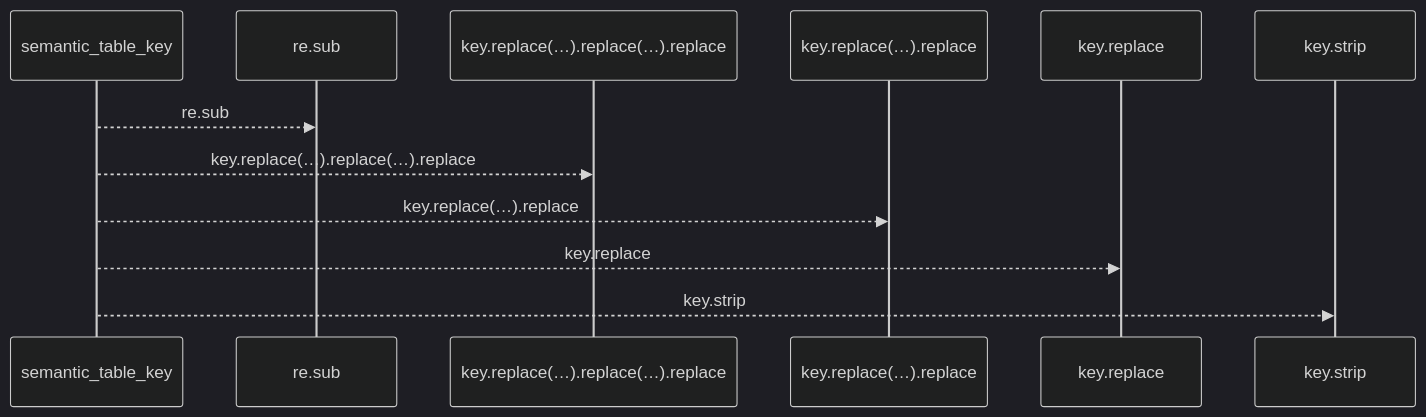
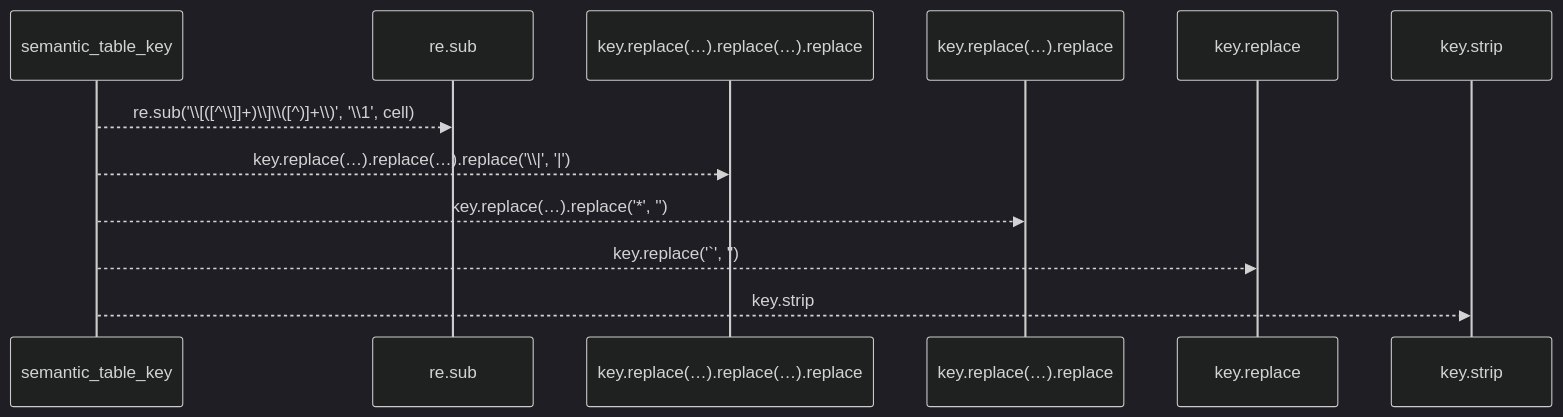
The first of 2 diagrams in docs/llm_wiki/flows/api-semantic_table_key.md (Denissvgn/python-wiki-llm), drawn with Mermaid (dark theme) before and after one commit. The commit also changed other lines of this file and 1410 other files, not shown here.

````diff
--- a/docs/llm_wiki/flows/api-semantic_table_key.md
+++ b/docs/llm_wiki/flows/api-semantic_table_key.md
@@ -10,14 +12,14 @@
 ```mermaid
 sequenceDiagram
     participant p0 as semantic_table_key
     participant p1 as re.sub
     participant p2 as key.replace(…).replace(…).replace
     participant p3 as key.replace(…).replace
     participant p4 as key.replace
     participant p5 as key.strip
-    p0-->>p1: re.sub
-    p0-->>p2: key.replace(…).replace(…).replace
-    p0-->>p3: key.replace(…).replace
-    p0-->>p4: key.replace
+    p0-->>p1: re.sub('\\[([^\\]]+)\\]\\([^)]+\\)', '\\1', cell)
+    p0-->>p2: key.replace(…).replace(…).replace('\\|', '|')
+    p0-->>p3: key.replace(…).replace('*', '')
+    p0-->>p4: key.replace('`', '')
     p0-->>p5: key.strip
 ```
````
